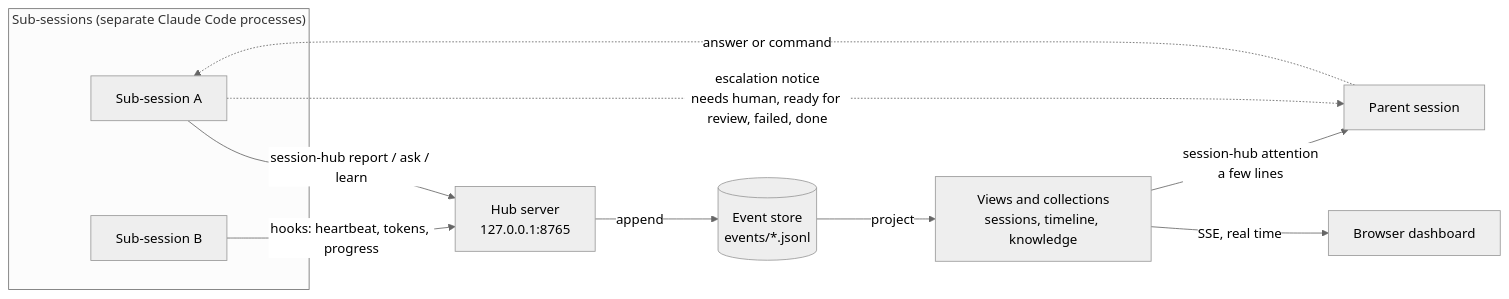
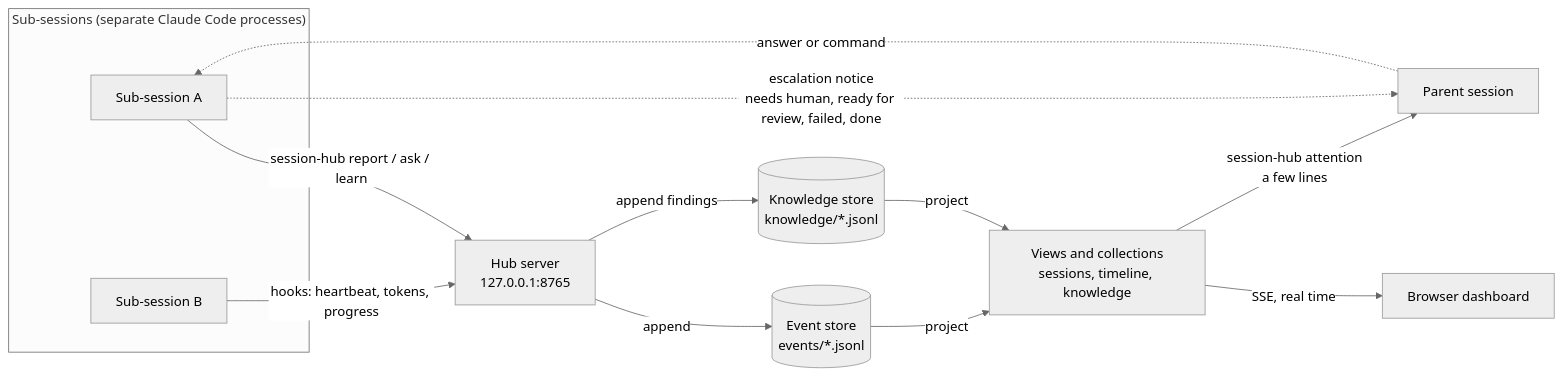
One commit to 0x0c/claude-code-session-hub changed the diagram in README.md. Above: the diagram before and after it, drawn with Mermaid (neutral theme). The commit also changed other lines of this file and 6 other files, not shown here.

````diff
--- a/README.md
+++ b/README.md
@@ -51,15 +51,17 @@
 ```mermaid
 flowchart LR
   subgraph S["Sub-sessions (separate Claude Code processes)"]
     A["Sub-session A"]
     B["Sub-session B"]
   end
   A -- "session-hub report / ask / learn" --> H
   B -- "hooks: heartbeat, tokens, progress" --> H
   H["Hub server<br/>127.0.0.1:8765"] -- "append" --> ST[("Event store<br/>events/*.jsonl")]
+  H -- "append findings" --> KS[("Knowledge store<br/>knowledge/*.jsonl")]
   ST -- "project" --> V["Views and collections<br/>sessions, timeline, knowledge"]
+  KS -- "project" --> V
   V -- "SSE, real time" --> D["Browser dashboard"]
   V -- "session-hub attention<br/>a few lines" --> P["Parent session"]
   A -. "escalation notice<br/>needs human, ready for review, failed, done" .-> P
   P -. "answer or command" .-> A
 ```
````
